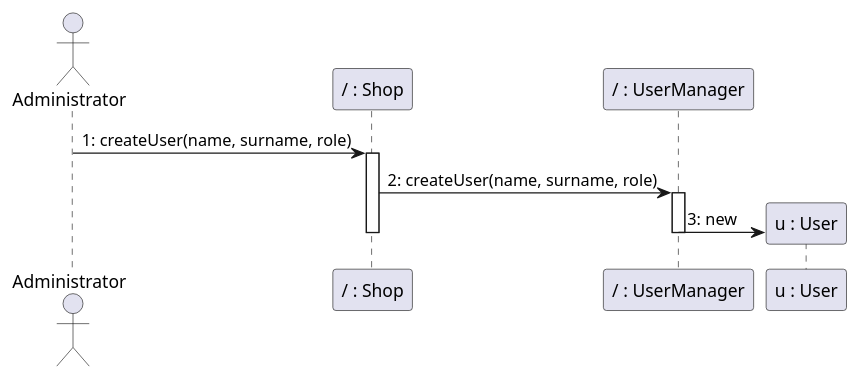
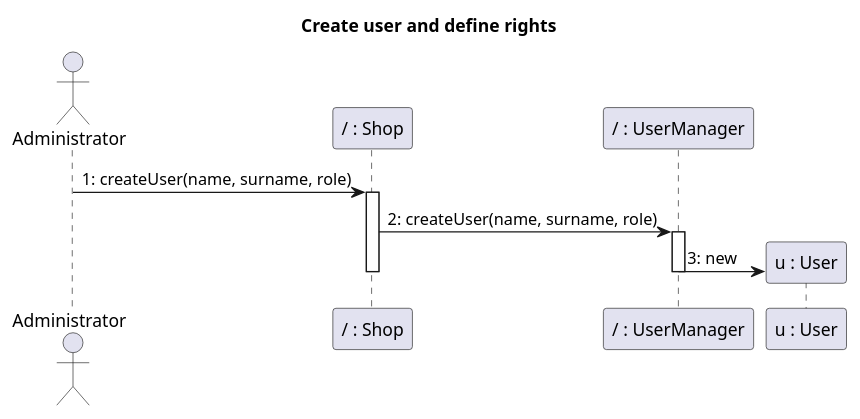
One commit to nicolabattaglino/ezshop changed the eighth of 30 diagrams in Deliverables/DesignDocument.md. Above: the diagram before and after it, drawn with PlantUML. The commit also changed other lines of this file, not shown here.

````diff
--- a/Deliverables/DesignDocument.md
+++ b/Deliverables/DesignDocument.md
@@ -659,20 +659,21 @@
 ```plantuml
 @startuml
+title Create user and define rights
 actor Administrator
 participant "/ : Shop" as Shop
 participant "/ : UserManager" as UserManager
 participant "u : User" as User
 Administrator -> Shop: 1: createUser(name, surname, role)
 activate Shop
 Shop -> UserManager: 2: createUser(name, surname, role)
 activate UserManager
 create User
 UserManager -> User: 3: new
 deactivate Shop
 deactivate UserManager
 
 
 deactivate UserManager
 
 @enduml
 ```
````
